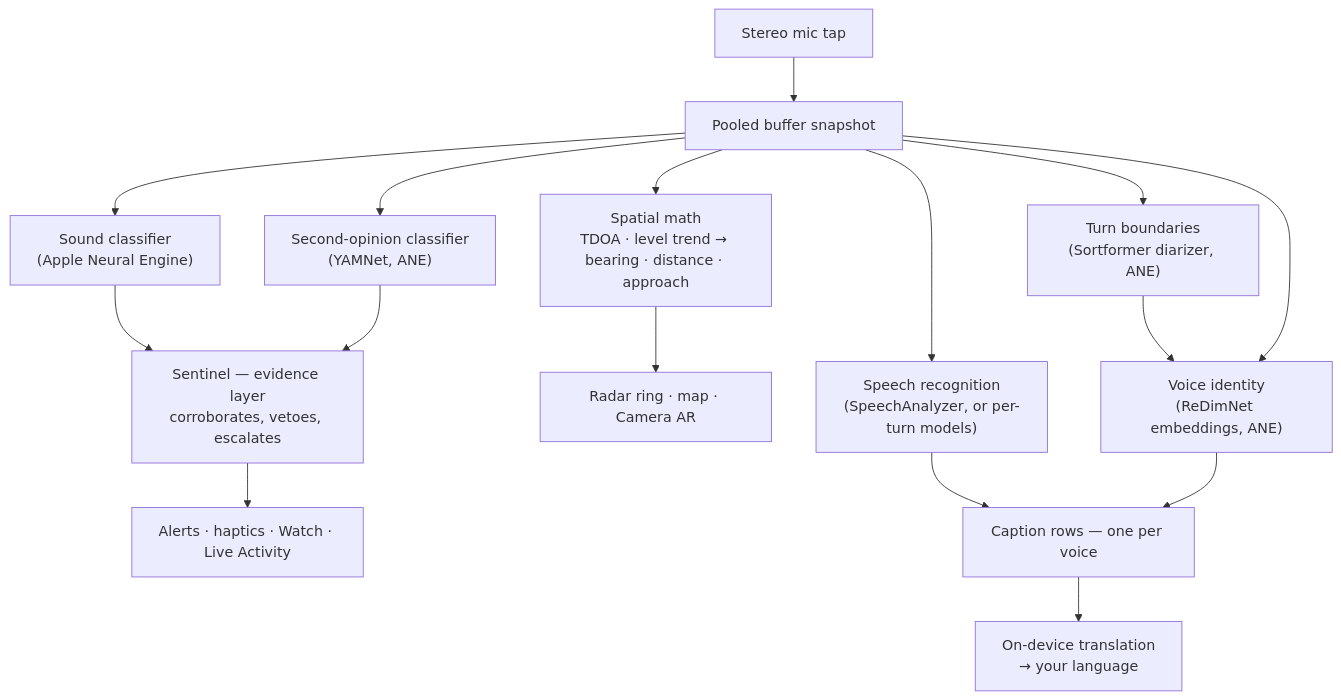
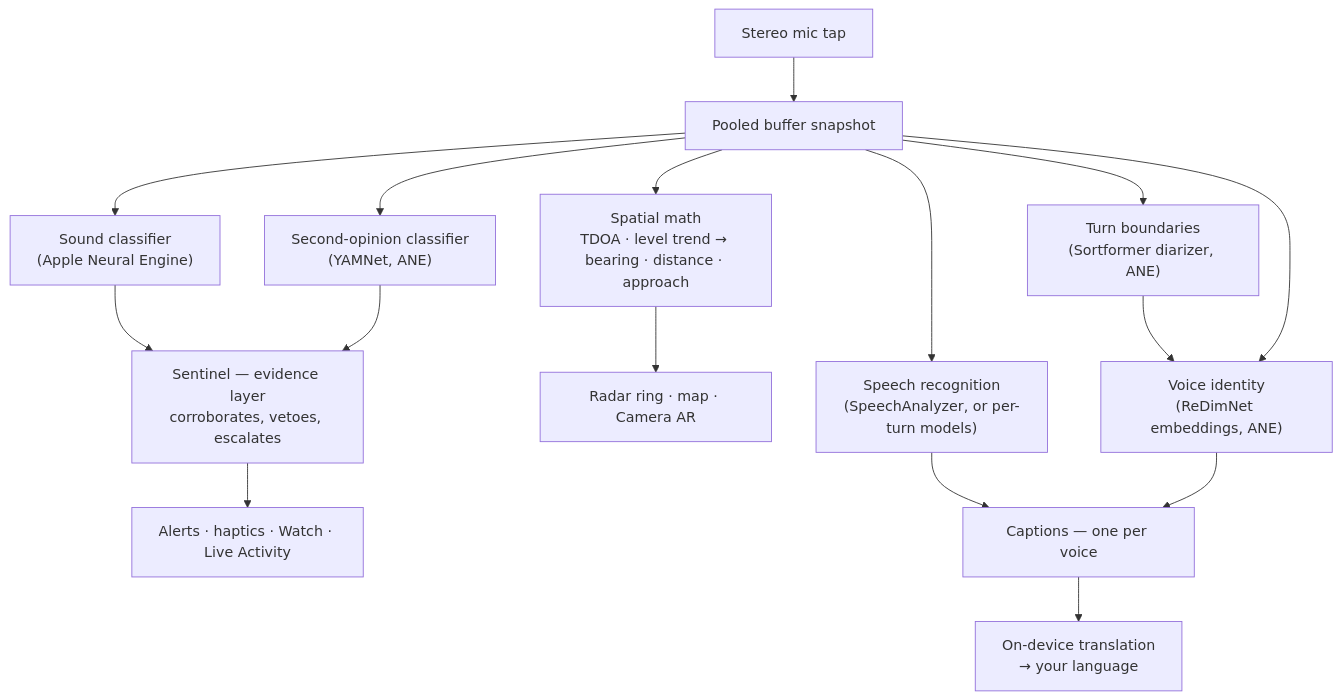
One commit to rpalm01-star/VigilantEarLegal changed the second of 4 diagrams in README.md. Above: the diagram before and after it, drawn with Mermaid. The commit also changed other lines of this file and 14 other files, not shown here.

````diff
--- a/README.md
+++ b/README.md
@@ -146,18 +164,18 @@
 ```mermaid
 graph TD
     A["Stereo mic tap"] --> B["Pooled buffer snapshot"]
     B --> C["Sound classifier<br/>(Apple Neural Engine)"]
     B --> Y["Second-opinion classifier<br/>(YAMNet, ANE)"]
     C --> S["Sentinel — evidence layer<br/>corroborates, vetoes, escalates"]
     Y --> S
     S --> H["Alerts · haptics · Watch · Live Activity"]
     B --> D["Spatial math<br/>TDOA · level trend → bearing · distance · approach"]
     D --> R["Radar ring · map · Camera AR"]
     B --> F["Speech recognition<br/>(SpeechAnalyzer, or per-turn models)"]
     B --> N["Turn boundaries<br/>(Sortformer diarizer, ANE)"]
     N --> E["Voice identity<br/>(ReDimNet embeddings, ANE)"]
     B --> E
-    F --> G["Caption rows — one per voice"]
+    F --> G["Captions — one per voice"]
     E --> G
     G --> T["On-device translation<br/>→ your language"]
 ```
````
